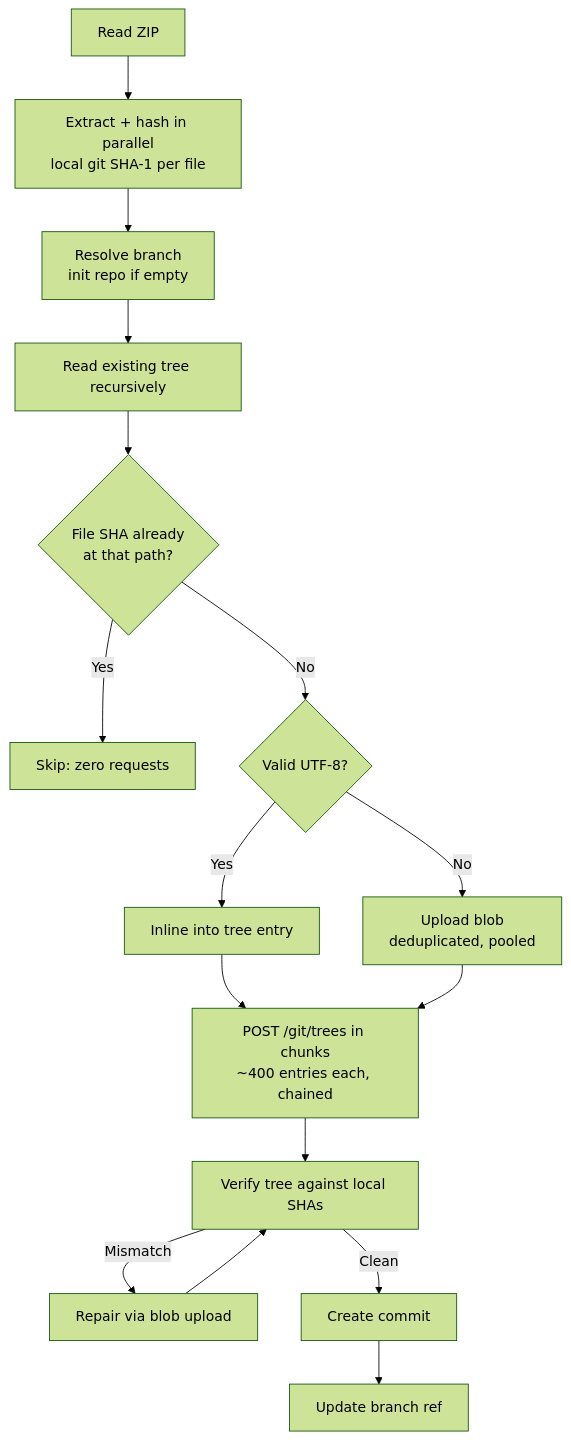
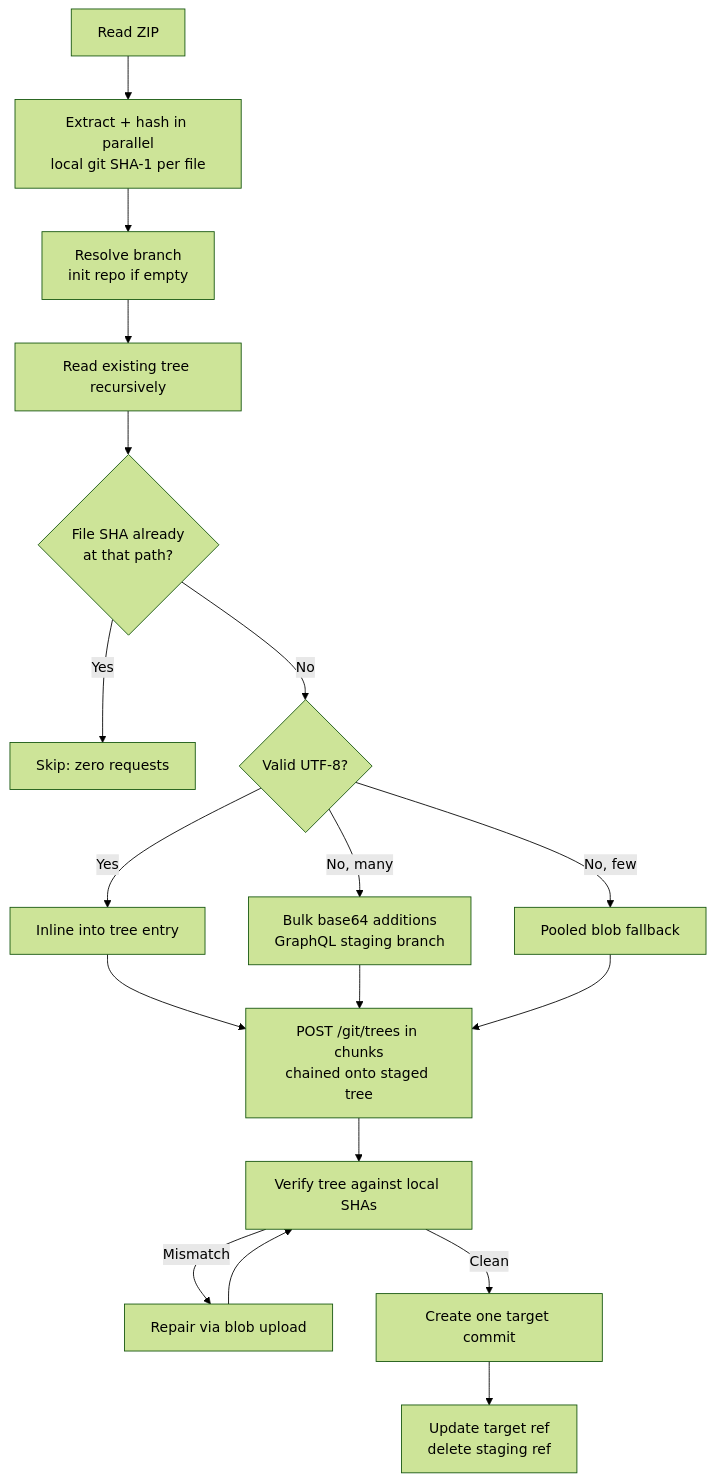
Before and after one commit to axerxl2/zip-deployer: the diagram in README.md, drawn with Mermaid (forest theme). The commit also changed other lines of this file and 6 other files, not shown here.

First line of the commit message:
Batch binary deploys into fast GraphQL writes

````diff
--- a/README.md
+++ b/README.md
@@ -195,18 +210,20 @@
 ```mermaid
 flowchart TD
     A[Read ZIP] --> B[Extract + hash in parallel<br/>local git SHA-1 per file]
     B --> C[Resolve branch<br/>init repo if empty]
     C --> D[Read existing tree recursively]
     D --> E{File SHA already<br/>at that path?}
     E -->|Yes| F[Skip: zero requests]
     E -->|No| G{Valid UTF-8?}
     G -->|Yes| H[Inline into tree entry]
-    G -->|No| I[Upload blob<br/>deduplicated, pooled]
-    H --> J[POST /git/trees in chunks<br/>~400 entries each, chained]
+    G -->|No, many| I[Bulk base64 additions<br/>GraphQL staging branch]
+    G -->|No, few| P[Pooled blob fallback]
+    H --> J[POST /git/trees in chunks<br/>chained onto staged tree]
     I --> J
+    P --> J
     J --> K[Verify tree against local SHAs]
     K -->|Mismatch| L[Repair via blob upload]
     L --> K
-    K -->|Clean| M[Create commit]
-    M --> N[Update branch ref]
+    K -->|Clean| M[Create one target commit]
+    M --> N[Update target ref<br/>delete staging ref]
 ```
````
